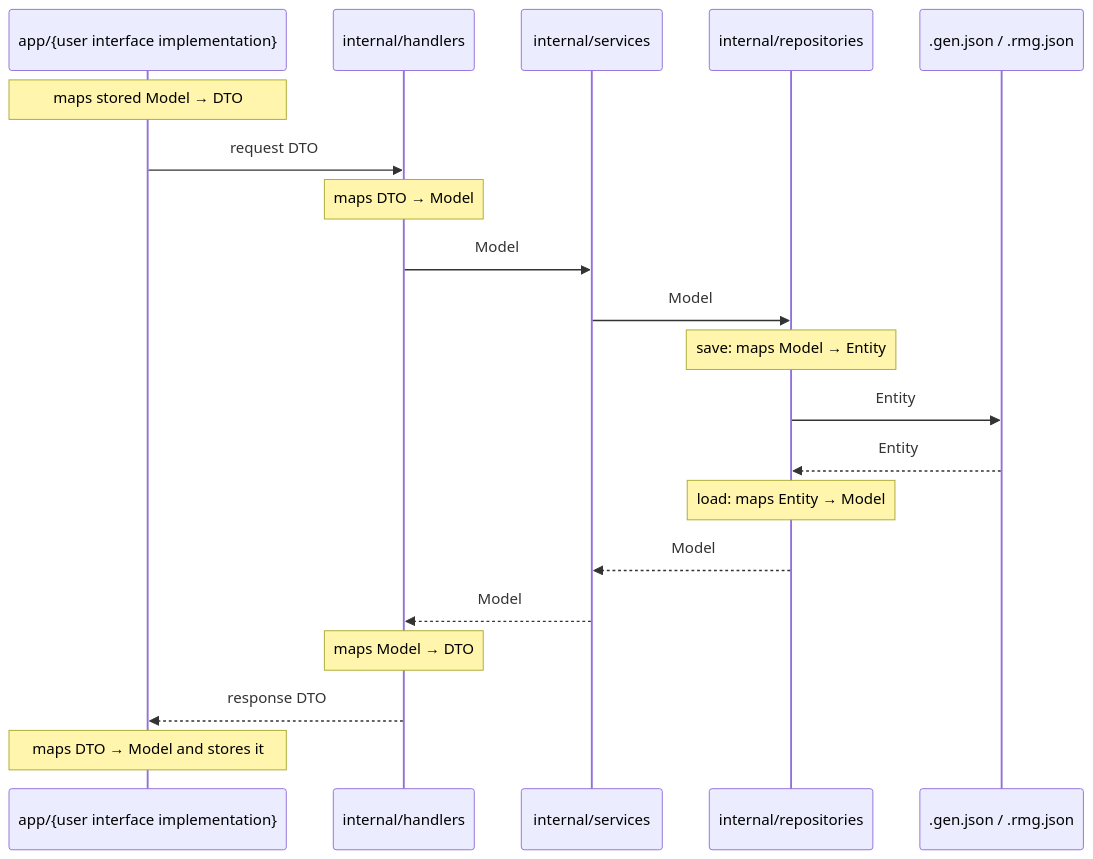
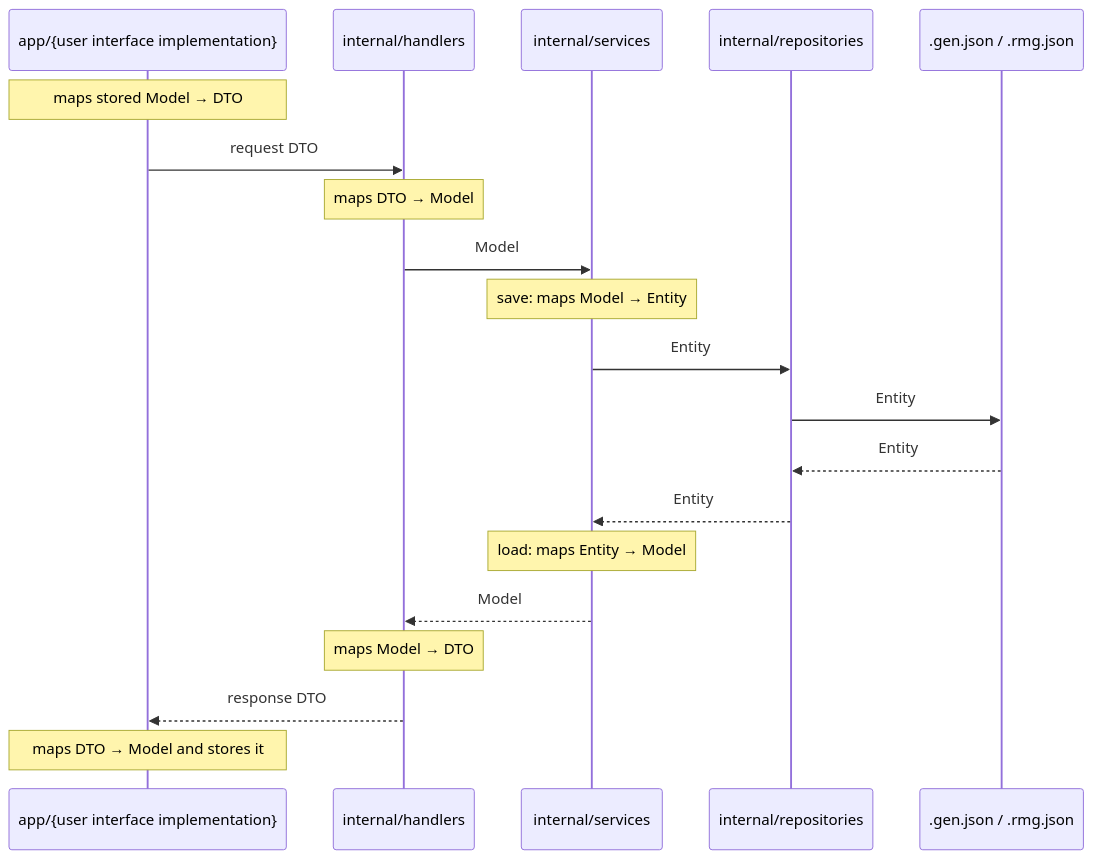
Before and after one commit to Tariomka/HomMoe_Custom_Templates: the diagram in AGENTS.md, drawn with Mermaid. The commit also changed other lines of this file and 110 other files, not shown here.

````diff
--- a/AGENTS.md
+++ b/AGENTS.md
@@ -371,23 +360,23 @@
     ```mermaid
     sequenceDiagram
         participant GUI as app/{user interface implementation}
         participant H as internal/handlers
         participant S as internal/services
         participant R as internal/repositories
         participant Disk as .gen.json / .rmg.json
 
         Note over GUI: maps stored Model → DTO
         GUI->>H: request DTO
         Note over H: maps DTO → Model
         H->>S: Model
-        S->>R: Model
-        Note over R: save: maps Model → Entity
+        Note over S: save: maps Model → Entity
+        S->>R: Entity
         R->>Disk: Entity
         Disk-->>R: Entity
-        Note over R: load: maps Entity → Model
-        R-->>S: Model
+        R-->>S: Entity
+        Note over S: load: maps Entity → Model
         S-->>H: Model
         Note over H: maps Model → DTO
         H-->>GUI: response DTO
         Note over GUI: maps DTO → Model and stores it
     ```
````
